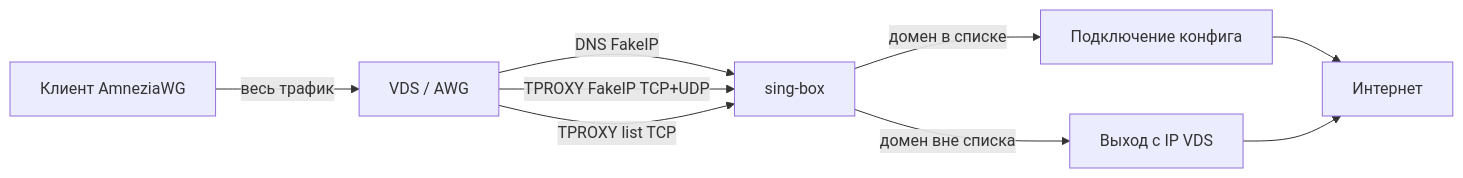
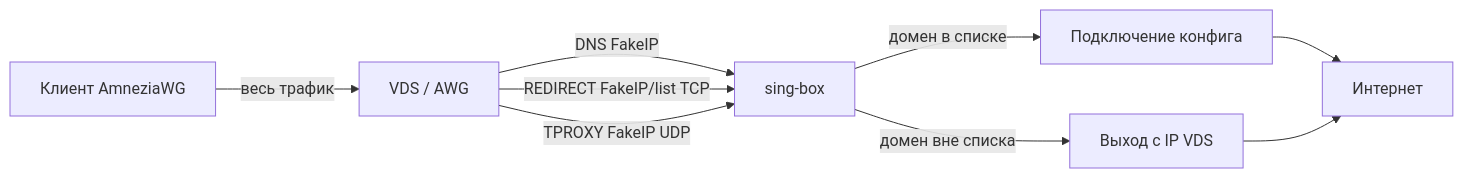
One commit to alt-plus-255/awg-gui changed the diagram in readme/ru/resolver.md. Above: the diagram before and after it, drawn with Mermaid. The commit also changed other lines of this file and 33 other files, not shown here.

````diff
--- a/readme/ru/resolver.md
+++ b/readme/ru/resolver.md
@@ -25,11 +26,11 @@
 ```mermaid
 flowchart LR
   Client[Клиент AmneziaWG] -->|весь трафик| VDS[VDS / AWG]
   VDS -->|DNS FakeIP| SB[sing-box]
-  VDS -->|TPROXY FakeIP TCP+UDP| SB
-  VDS -->|TPROXY list TCP| SB
+  VDS -->|REDIRECT FakeIP/list TCP| SB
+  VDS -->|TPROXY FakeIP UDP| SB
   SB -->|домен в списке| Conn[Подключение конфига]
   SB -->|домен вне списка| VDSip[Выход с IP VDS]
   Conn --> Internet[Интернет]
   VDSip --> Internet
 ```
````
